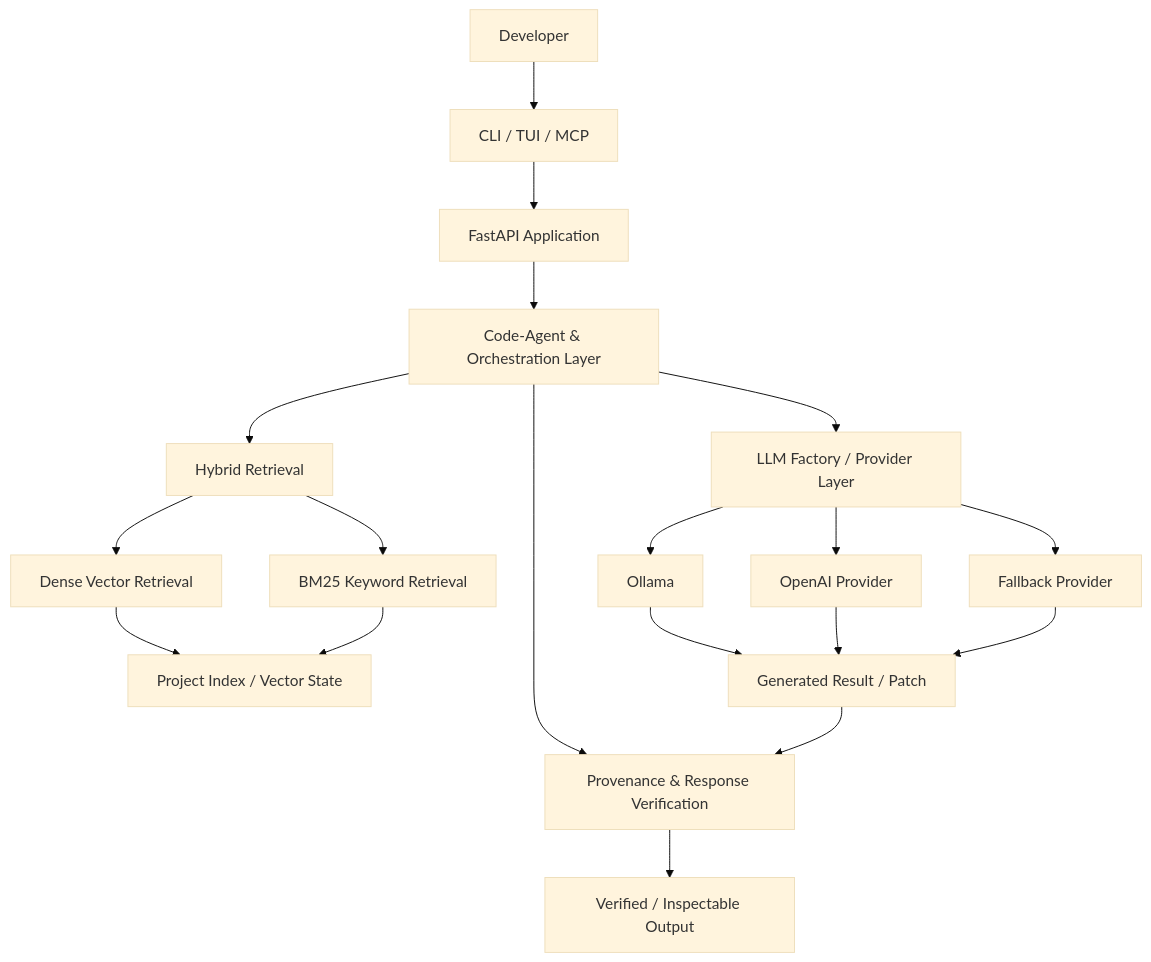
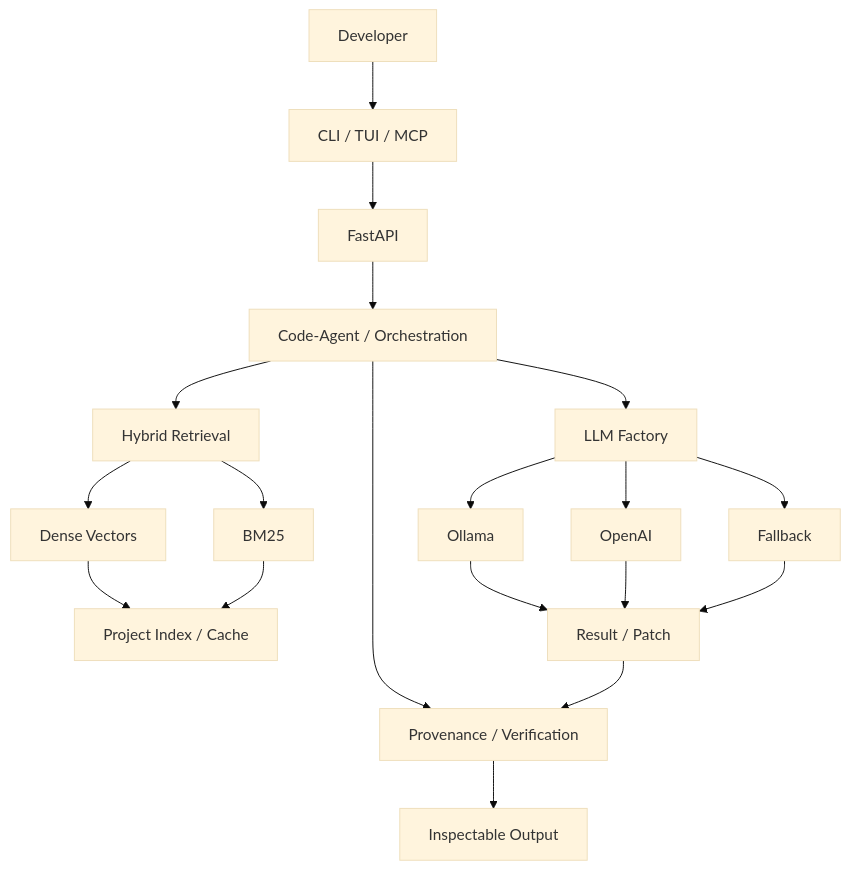
The first of 3 diagrams in README.md (sharfuddin18/Codemaster-Ai), drawn with Mermaid (base theme) before and after one commit. The commit also changed other lines of this file, not shown here.

````diff
--- a/README.md
+++ b/README.md
@@ -88,21 +79,21 @@
 ```mermaid
 flowchart TD
     U[Developer] --> I[CLI / TUI / MCP]
-    I --> API[FastAPI Application]
-    API --> A[Code-Agent & Orchestration Layer]
+    I --> API[FastAPI]
+    API --> A[Code-Agent / Orchestration]
     A --> R[Hybrid Retrieval]
-    A --> F[LLM Factory / Provider Layer]
-    A --> V[Provenance & Response Verification]
-    R --> D[Dense Vector Retrieval]
-    R --> B[BM25 Keyword Retrieval]
-    D --> C[Project Index / Vector State]
+    A --> F[LLM Factory]
+    A --> V[Provenance / Verification]
+    R --> D[Dense Vectors]
+    R --> B[BM25]
+    D --> C[Project Index / Cache]
     B --> C
     F --> O[Ollama]
-    F --> OP[OpenAI Provider]
-    F --> FB[Fallback Provider]
-    O --> G[Generated Result / Patch]
+    F --> OP[OpenAI]
+    F --> FB[Fallback]
+    O --> G[Result / Patch]
     OP --> G
     FB --> G
     G --> V
-    V --> OUT[Verified / Inspectable Output]
+    V --> OUT[Inspectable Output]
 ```
````
